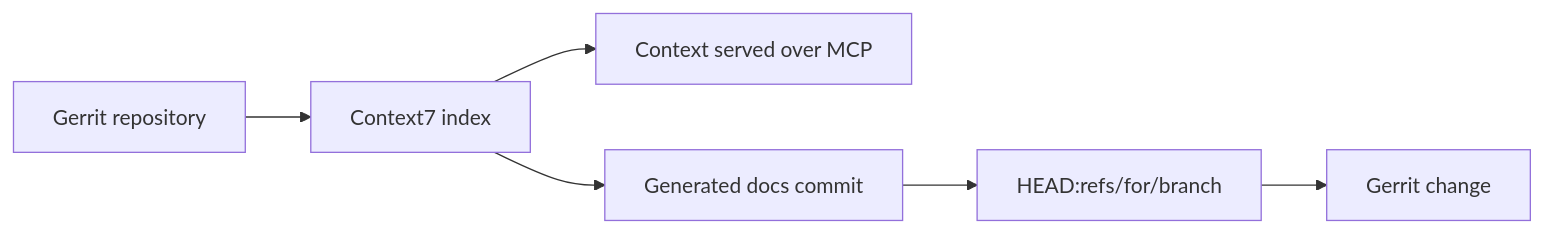
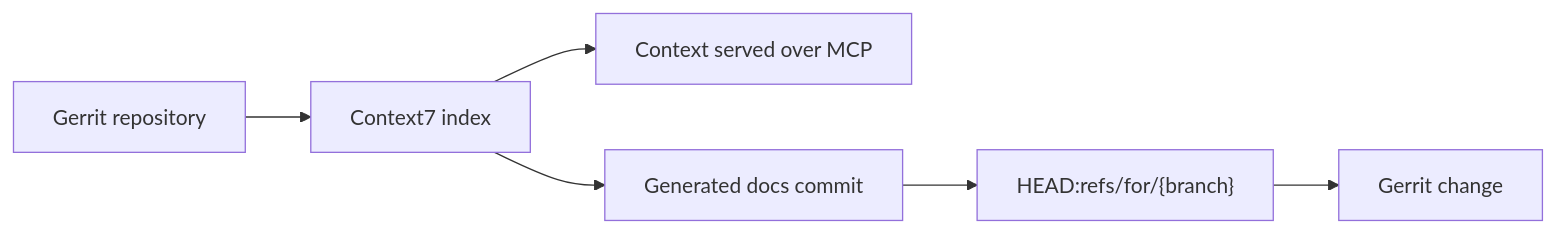
The diagram in docs/enterprise/integrations/gerrit.mdx (upstash/context7), drawn with Mermaid before and after one commit. The commit also changed other lines of this file and 1 other file, not shown here.

````diff
--- a/docs/enterprise/integrations/gerrit.mdx
+++ b/docs/enterprise/integrations/gerrit.mdx
@@ -9,8 +9,8 @@
 ```mermaid
 flowchart LR
     A["Gerrit repository"] --> B["Context7 index"]
     B --> C["Context served over MCP"]
     B --> D["Generated docs commit"]
-    D --> E["HEAD:refs/for/branch"]
+    D --> E["HEAD:refs/for/{branch}"]
     E --> F["Gerrit change"]
 ```
````
